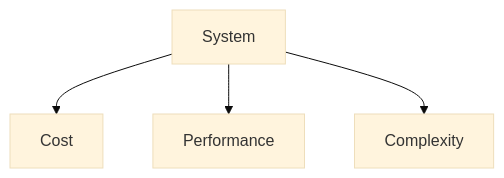
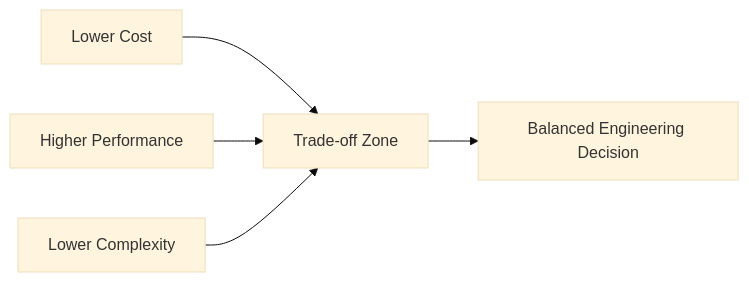
Before and after one commit to dbajajmnk/systemdesign: the second of 3 diagrams in systemdesign/14. Evaluating Trade-offs and Making Decisions/Concept.md, drawn with Mermaid (base theme). The commit also changed other lines of this file and 1 other file, not shown here.

````diff
--- a/systemdesign/14. Evaluating Trade-offs and Making Decisions/Concept.md
+++ b/systemdesign/14. Evaluating Trade-offs and Making Decisions/Concept.md
@@ -134,7 +316,7 @@
-```mermaid
-flowchart TD
-    A[System]
-    A --> Cost
-    A --> Performance
-    A --> Complexity
+```mermaid id="kz9o0f"
+flowchart LR
+    C[Lower Cost] --> T[Trade-off Zone]
+    P[Higher Performance] --> T
+    X[Lower Complexity] --> T
+    T --> D[Balanced Engineering Decision]
 ```
````
